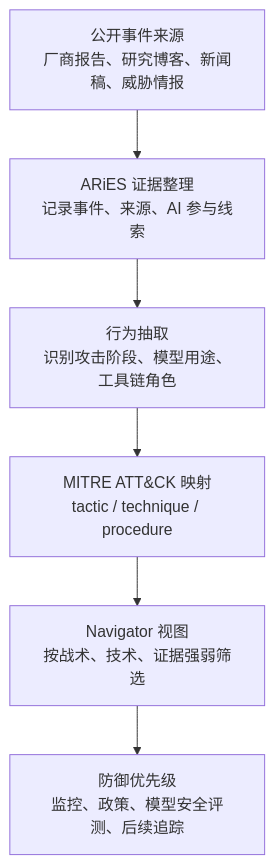
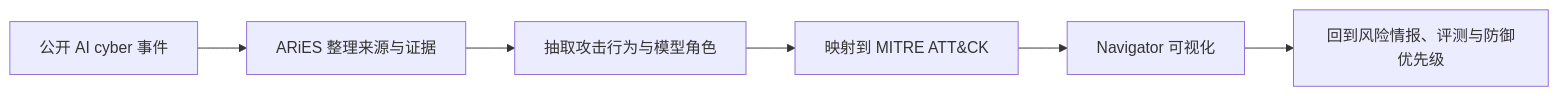
Before and after one commit to ABromide/daily-report-app: the diagram in public/articles/2026/06/03/itm_17e42b7d5e2a2c7e/index.md, drawn with Mermaid. The commit also changed other lines of this file and 9 other files, not shown here.

````diff
--- a/public/articles/2026/06/03/itm_17e42b7d5e2a2c7e/index.md
+++ b/public/articles/2026/06/03/itm_17e42b7d5e2a2c7e/index.md
@@ -65,8 +46,8 @@
 ```mermaid
-flowchart TD
-  A["公开事件来源<br/>厂商报告、研究博客、新闻稿、威胁情报"] --> B["ARiES 证据整理<br/>记录事件、来源、AI 参与线索"]
-  B --> C["行为抽取<br/>识别攻击阶段、模型用途、工具链角色"]
-  C --> D["MITRE ATT&CK 映射<br/>tactic / technique / procedure"]
-  D --> E["Navigator 视图<br/>按战术、技术、证据强弱筛选"]
-  E --> F["防御优先级<br/>监控、政策、模型安全评测、后续追踪"]
+flowchart LR
+  A["公开 AI cyber 事件"] --> B["ARiES 整理来源与证据"]
+  B --> C["抽取攻击行为与模型角色"]
+  C --> D["映射到 MITRE ATT&CK"]
+  D --> E["Navigator 可视化"]
+  E --> F["回到风险情报、评测与防御优先级"]
 ```
````
